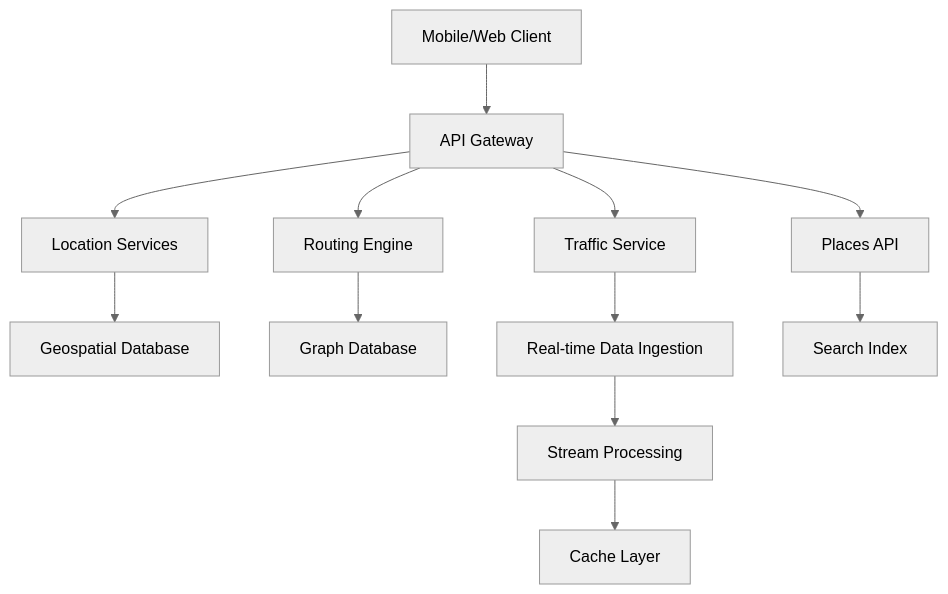
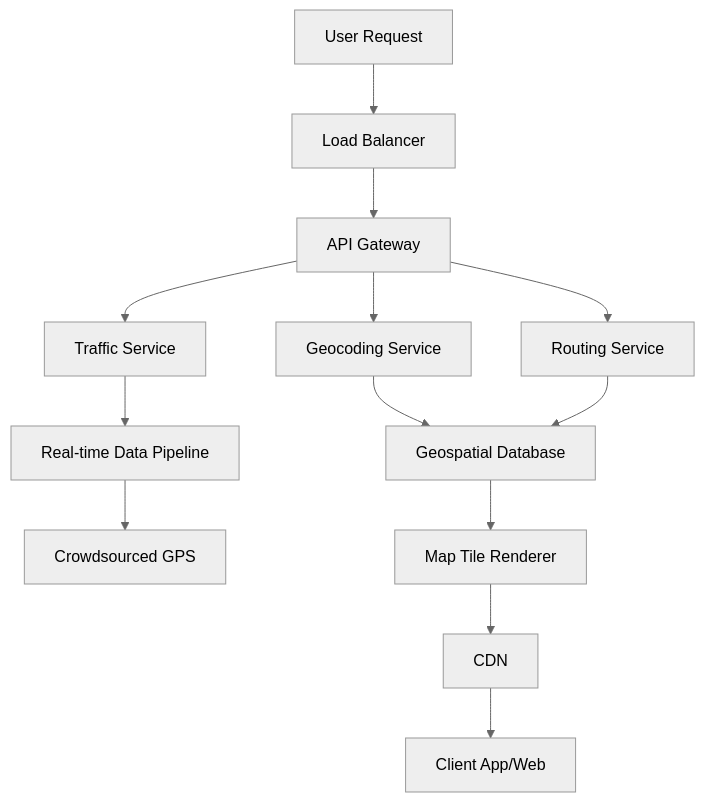
One commit to VrushankPatel/interview-matters changed the diagram in google-maps-system-design/README.md. Above: the diagram before and after it, drawn with Mermaid (neutral theme). The commit also changed other lines of this file and 6 other files, not shown here.

````diff
--- a/google-maps-system-design/README.md
+++ b/google-maps-system-design/README.md
@@ -19,14 +45,15 @@
 ```mermaid
 graph TD
-    A[Mobile/Web Client] --> B[API Gateway]
-    B --> C[Location Services]
-    C --> D[Geospatial Database]
-    B --> E[Routing Engine]
-    E --> F[Graph Database]
-    B --> G[Traffic Service]
-    G --> H[Real-time Data Ingestion]
-    H --> I[Stream Processing]
-    I --> J[Cache Layer]
-    B --> K[Places API]
-    K --> L[Search Index]
+    A[User Request] --> B[Load Balancer]
+    B --> C[API Gateway]
+    C --> D[Geocoding Service]
+    C --> E[Routing Service]
+    C --> F[Traffic Service]
+    D --> G[Geospatial Database]
+    E --> G
+    F --> H[Real-time Data Pipeline]
+    H --> I[Crowdsourced GPS]
+    G --> J[Map Tile Renderer]
+    J --> K[CDN]
+    K --> L[Client App/Web]
 ```
````
